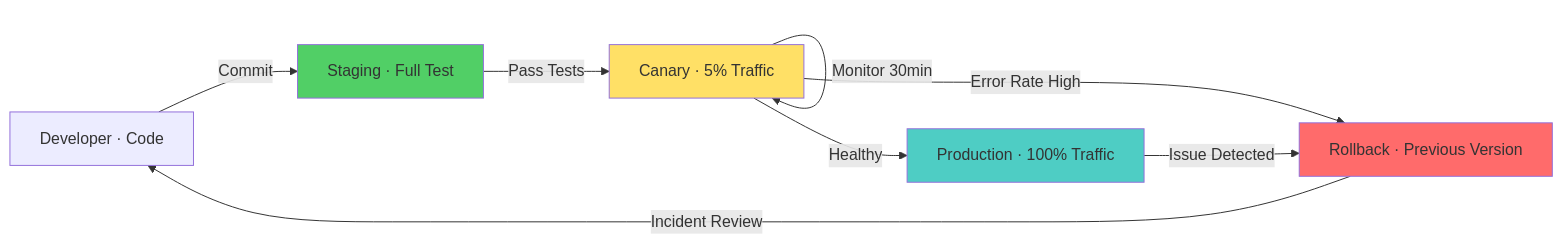
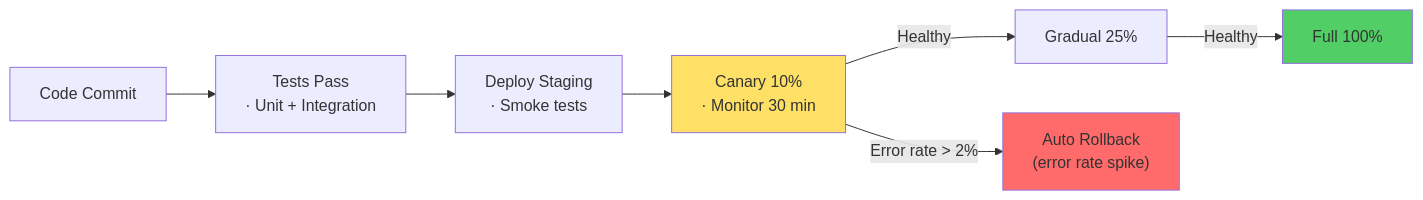
The diagram in docs/interview/06-deployment-compatibility.md (nitinkc/microservices-interview), drawn with Mermaid before and after one commit. The commit also changed other lines of this file and 9 other files, not shown here.

````diff
--- a/docs/interview/06-deployment-compatibility.md
+++ b/docs/interview/06-deployment-compatibility.md
@@ -73,21 +209,21 @@
 ```mermaid
 graph LR
-    Dev["Developer · Code"]
-    Staging["Staging · Full Test"]
-    Canary["Canary · 5% Traffic"]
-    Production["Production · 100% Traffic"]
-    Rollback["Rollback · Previous Version"]
+    Dev["Code Commit"]
+    Tests["Tests Pass\n· Unit + Integration"]
+    Staging["Deploy Staging\n· Smoke tests"]
+    Canary["Canary 10%\n· Monitor 30 min"]
+    Prod25["Gradual 25%"]
+    Prod100["Full 100%"]
+    Rollback["Auto Rollback\n(error rate spike)"]
     
-    Dev -->|Commit| Staging
-    Staging -->|Pass Tests| Canary
-    Canary -->|Monitor 30min| Canary
-    Canary -->|Healthy| Production
-    Canary -->|Error Rate High| Rollback
-    Production -->|Issue Detected| Rollback
-    Rollback -->|Incident Review| Dev
+    Dev --> Tests
+    Tests --> Staging
+    Staging --> Canary
+    Canary -->|Healthy| Prod25
+    Prod25 -->|Healthy| Prod100
+    Canary -->|Error rate > 2%| Rollback
     
-    style Staging fill:#51cf66
     style Canary fill:#ffe066
-    style Production fill:#4ecdc4
     style Rollback fill:#ff6b6b
+    style Prod100 fill:#51cf66
 ```
````
